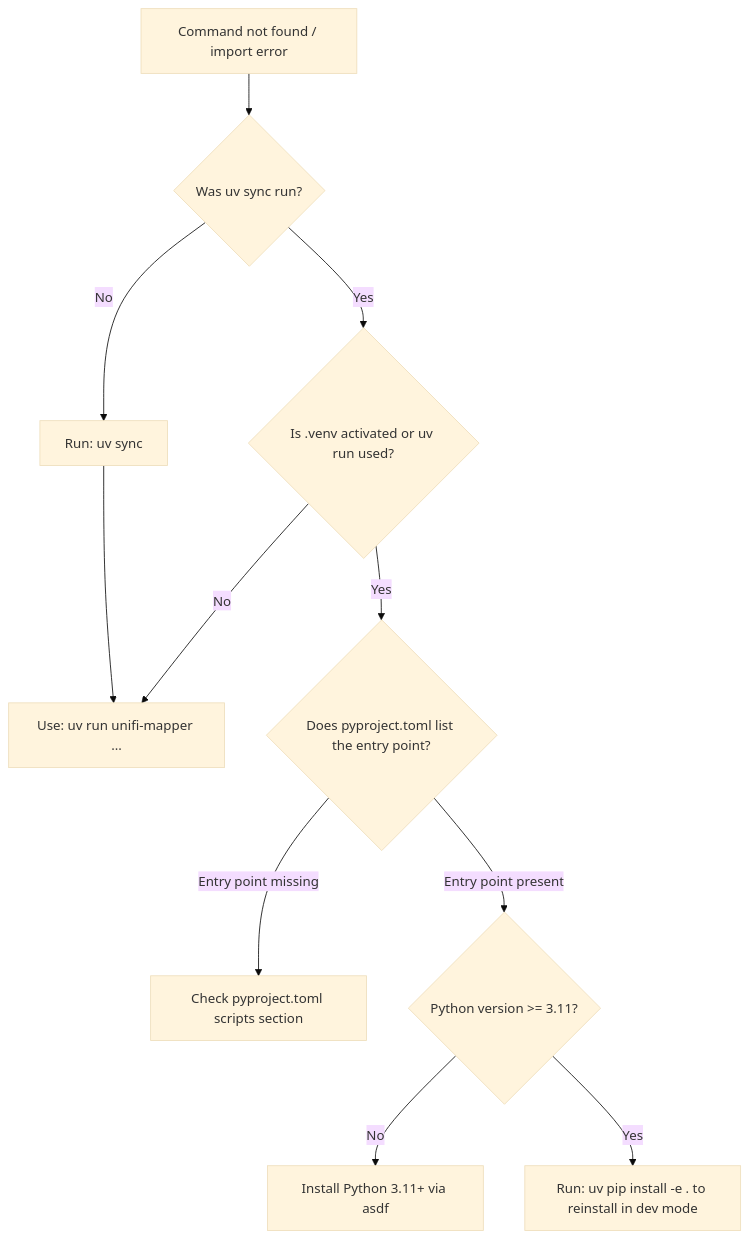
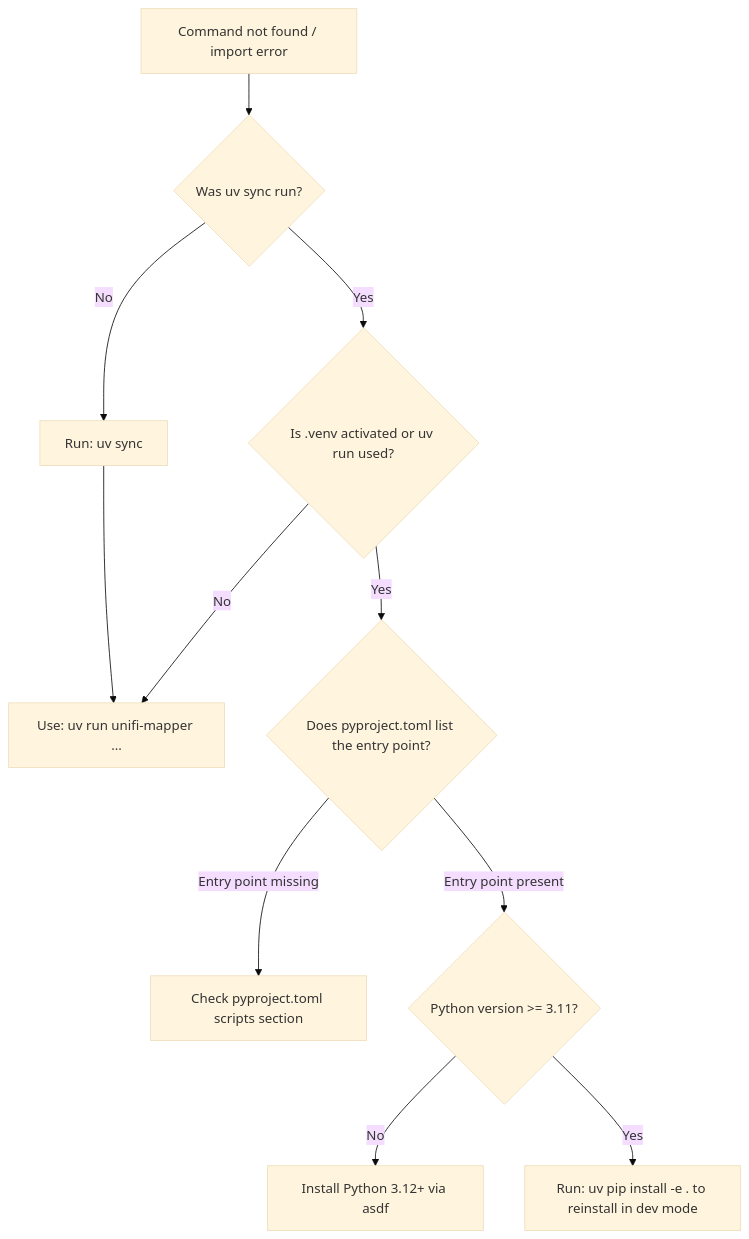
The first of 14 diagrams in docs/operations/troubleshooting-and-runbook.md (NetDevAutomate/unifi_management_cli), drawn with Mermaid (base theme) before and after one commit. The commit also changed other lines of this file and 14 other files, not shown here.

````diff
--- a/docs/operations/troubleshooting-and-runbook.md
+++ b/docs/operations/troubleshooting-and-runbook.md
@@ -51,13 +51,13 @@
 ```mermaid
 flowchart TD
     A[Command not found / import error] --> B{Was uv sync run?}
     B -->|No| C[Run: uv sync]
     B -->|Yes| D{Is .venv activated or uv run used?}
     D -->|No| E[Use: uv run unifi-mapper ...]
     D -->|Yes| F{Does pyproject.toml list the entry point?}
     F -->|Entry point missing| G[Check pyproject.toml scripts section]
     F -->|Entry point present| H{Python version >= 3.11?}
-    H -->|No| I[Install Python 3.11+ via asdf]
+    H -->|No| I[Install Python 3.12+ via asdf]
     H -->|Yes| J[Run: uv pip install -e . to reinstall in dev mode]
     C --> E
 ```
````
